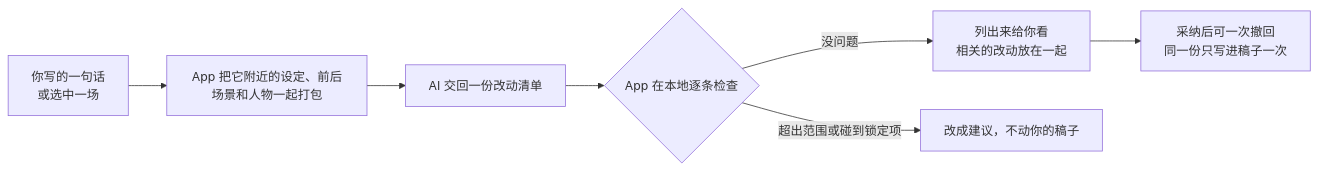
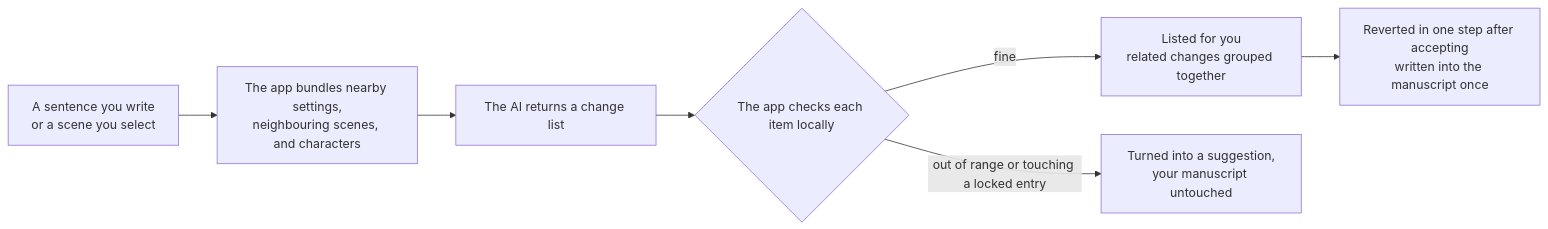
Before and after one commit to dynaeye/causality: the diagram in README.md, drawn with Mermaid. The commit also changed other lines of this file and 6 other files, not shown here.

````diff
--- a/README.md
+++ b/README.md
@@ -214,9 +216,9 @@
 ```mermaid
 flowchart LR
-  A["你写的一句话<br/>或选中一场"] --> B["App 把它附近的设定、前后场景和人物一起打包"]
-  B --> C["AI 交回一份改动清单"]
-  C --> D{"App 在本地逐条检查"}
-  D -->|没问题| E["列出来给你看<br/>相关的改动放在一起"]
-  D -->|超出范围或碰到锁定项| F["改成建议，不动你的稿子"]
-  E --> G["采纳后可一次撤回<br/>同一份只写进稿子一次"]
+  A["A sentence you write<br/>or a scene you select"] --> B["The app bundles nearby settings,<br/>neighbouring scenes, and characters"]
+  B --> C["The AI returns a change list"]
+  C --> D{"The app checks each item locally"}
+  D -->|fine| E["Listed for you<br/>related changes grouped together"]
+  D -->|out of range or touching a locked entry| F["Turned into a suggestion,<br/>your manuscript untouched"]
+  E --> G["Reverted in one step after accepting<br/>written into the manuscript once"]
 ```
````
